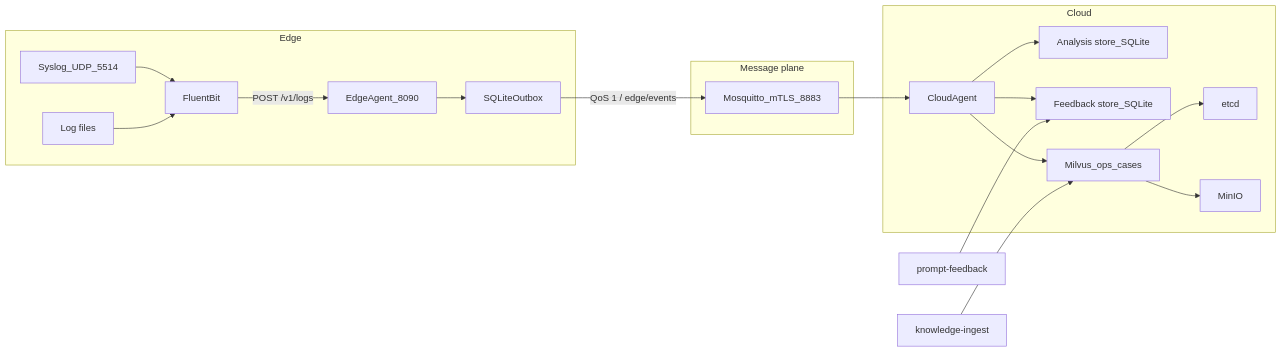
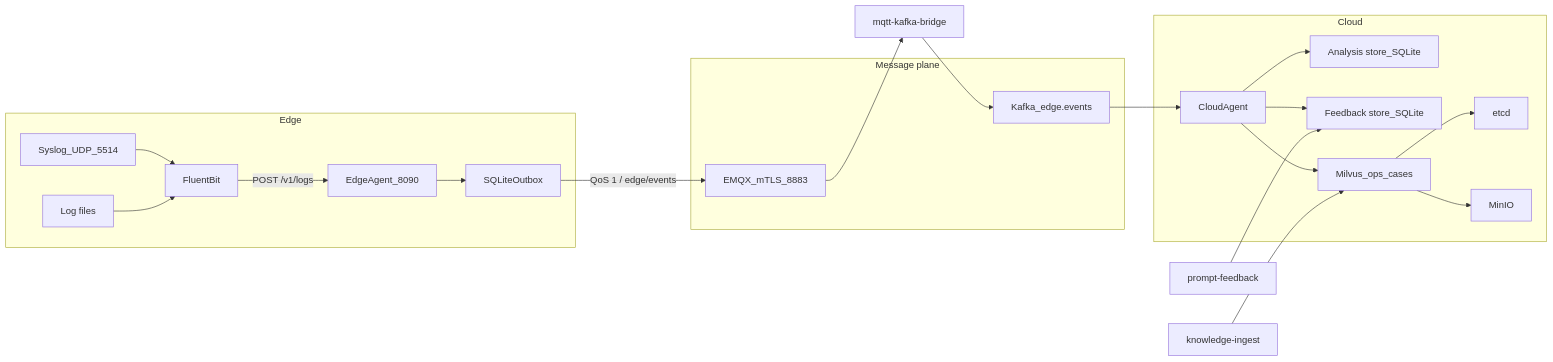
The first of 4 diagrams in README.md (fanqingsong/edge-semantic-compress-intelligence), drawn with Mermaid before and after one commit. The commit also changed other lines of this file and 26 other files, not shown here.

Commit message:
Route edge events through EMQX and Kafka so the cloud agent consumes a durable log.

````diff
--- a/README.md
+++ b/README.md
@@ -15,32 +15,35 @@
 ```mermaid
 flowchart LR
 	subgraph EdgeDeploy[Edge]
 		LogFiles[Log files] --> FluentBit[FluentBit]
 		SyslogUdp[Syslog_UDP_5514] --> FluentBit
 		FluentBit -->|"POST /v1/logs"| EdgeAgent[EdgeAgent_8090]
 		EdgeAgent --> Outbox[SQLiteOutbox]
 	end
 
 	subgraph Broker[Message plane]
-		Mosquitto[Mosquitto_mTLS_8883]
+		Emqx[EMQX_mTLS_8883]
+		Kafka[Kafka_edge.events]
 	end
 
 	subgraph CloudDeploy[Cloud]
 		CloudAgent[CloudAgent]
 		AnalysisDb[Analysis store_SQLite]
 		FeedbackDb[Feedback store_SQLite]
 		Milvus[Milvus_ops_cases]
 		Etcd[etcd]
 		Minio[MinIO]
 	end
 
 	KnowledgeCli[knowledge-ingest] --> Milvus
 	FeedbackCli[prompt-feedback] --> FeedbackDb
-	Outbox -->|"QoS 1 / edge/events"| Mosquitto
-	Mosquitto --> CloudAgent
+	Outbox -->|"QoS 1 / edge/events"| Emqx
+	Emqx --> Bridge[mqtt-kafka-bridge]
+	Bridge --> Kafka
+	Kafka --> CloudAgent
 	CloudAgent --> AnalysisDb
 	CloudAgent --> FeedbackDb
 	CloudAgent --> Milvus
 	Milvus --> Etcd
 	Milvus --> Minio
 ```
````
